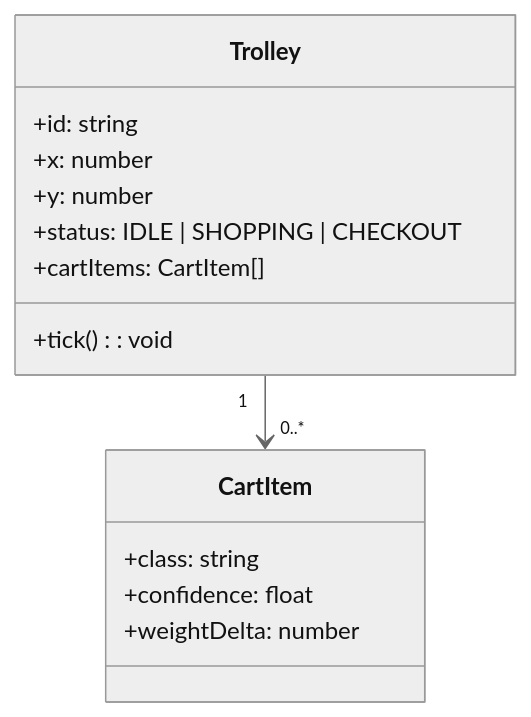
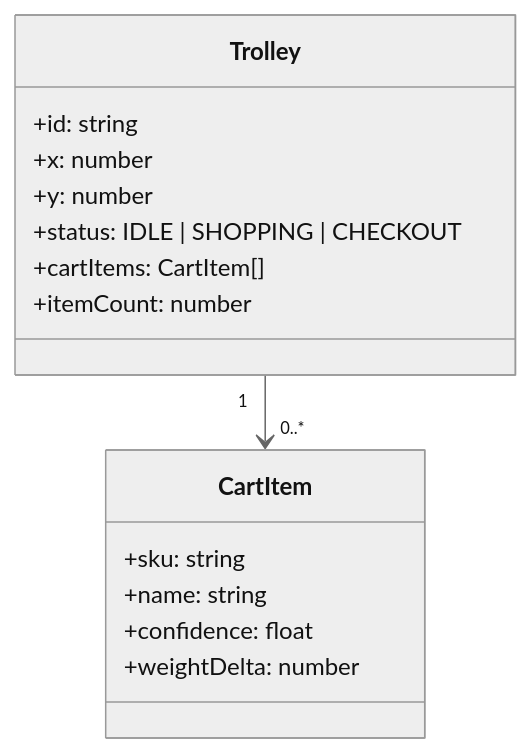
One commit to arun0786-co/automated-supermarket-ecosystem changed the second of 3 diagrams in docs/architecture.md. Above: the diagram before and after it, drawn with Mermaid (neutral theme). The commit also changed other lines of this file, not shown here.

Commit message:
fix architecture flow: money moves at checkout, not per scan

````diff
--- a/docs/architecture.md
+++ b/docs/architecture.md
@@ -32,19 +33,20 @@
 ```mermaid
 classDiagram
     class Trolley {
         +id: string
         +x: number
         +y: number
         +status: IDLE | SHOPPING | CHECKOUT
         +cartItems: CartItem[]
-        +tick(): void
+        +itemCount: number
     }
 
     class CartItem {
-        +class: string
+        +sku: string
+        +name: string
         +confidence: float
         +weightDelta: number
     }
 
     Trolley "1" --> "0..*" CartItem
 ```
````
